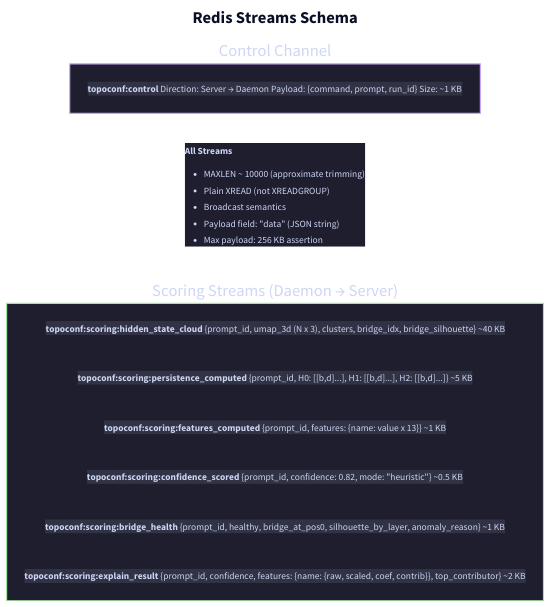
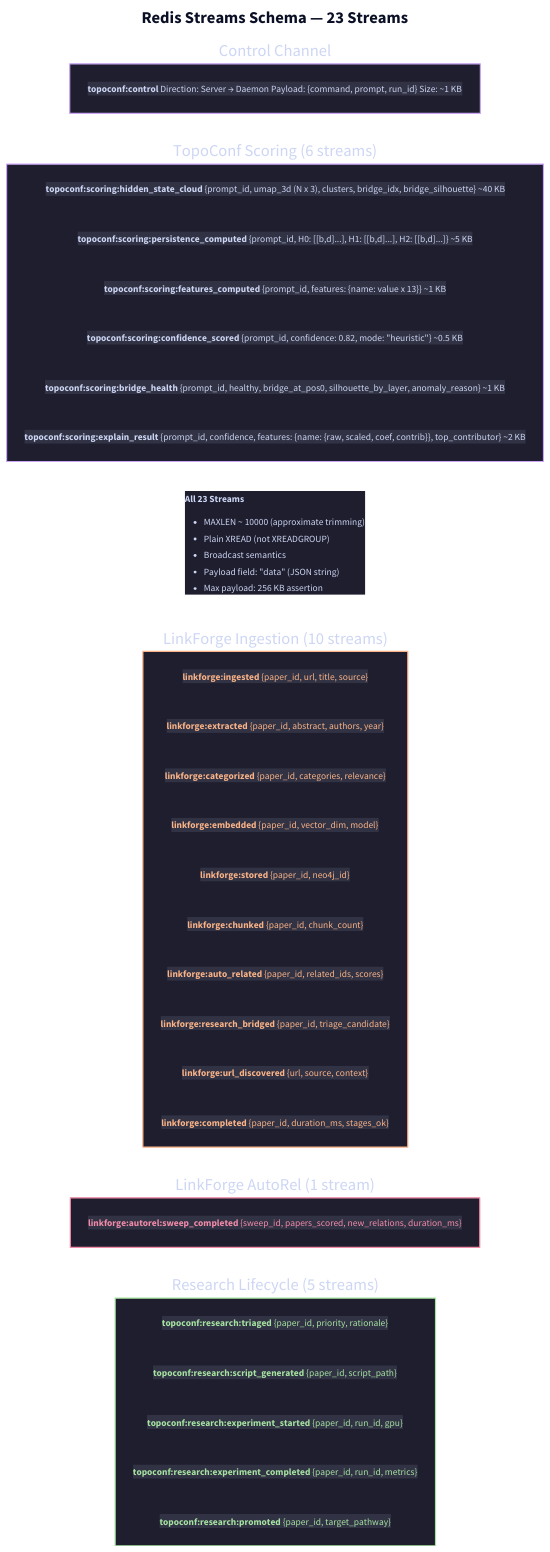
One commit to musicofhel/node-graph-substrate changed the diagram in docs/diagrams/10-redis-streams.d2. Above: the diagram before and after it, drawn with D2. The commit also changed 31 other files, not shown here.

First line of the commit message:
Update all documentation to reflect 20-node/3-canvas architecture

```diff
--- a/docs/diagrams/10-redis-streams.d2
+++ b/docs/diagrams/10-redis-streams.d2
@@ -1,7 +1,7 @@
 direction: right
 
 title: {
-  label: Redis Streams Schema
+  label: "Redis Streams Schema — 23 Streams"
   near: top-center
   shape: text
   style.font-size: 28
@@ -25,9 +25,9 @@
   }
 }
 
-scoring: Scoring Streams (Daemon → Server) {
+scoring: "TopoConf Scoring (6 streams)" {
   style.fill: "#1e1e2e"
-  style.stroke: "#a6e3a1"
+  style.stroke: "#cba6f7"
   style.font-color: "#cdd6f4"
 
   s1: "hidden_state_cloud" {
@@ -102,12 +102,162 @@
   }
 }
 
+linkforge: "LinkForge Ingestion (10 streams)" {
+  style.fill: "#1e1e2e"
+  style.stroke: "#fab387"
+  style.font-color: "#cdd6f4"
+
+  lf1: "ingested" {
+    style.fill: "#313244"
+    style.font-color: "#fab387"
+    label: |md
+      **linkforge:ingested**
+      {paper_id, url, title, source}
+    |
+  }
+  lf2: "extracted" {
+    style.fill: "#313244"
+    style.font-color: "#fab387"
+    label: |md
+      **linkforge:extracted**
+      {paper_id, abstract, authors, year}
+    |
+  }
+  lf3: "categorized" {
+    style.fill: "#313244"
+    style.font-color: "#fab387"
+    label: |md
+      **linkforge:categorized**
+      {paper_id, categories, relevance}
+    |
+  }
+  lf4: "embedded" {
+    style.fill: "#313244"
+    style.font-color: "#fab387"
+    label: |md
+      **linkforge:embedded**
+      {paper_id, vector_dim, model}
+    |
+  }
+  lf5: "stored" {
+    style.fill: "#313244"
+    style.font-color: "#fab387"
+    label: |md
+      **linkforge:stored**
+      {paper_id, neo4j_id}
+    |
+  }
+  lf6: "chunked" {
+    style.fill: "#313244"
+    style.font-color: "#fab387"
+    label: |md
+      **linkforge:chunked**
+      {paper_id, chunk_count}
+    |
+  }
+  lf7: "auto_related" {
+    style.fill: "#313244"
+    style.font-color: "#fab387"
+    label: |md
+      **linkforge:auto_related**
+      {paper_id, related_ids, scores}
+    |
+  }
+  lf8: "research_bridged" {
+    style.fill: "#313244"
+    style.font-color: "#fab387"
+    label: |md
+      **linkforge:research_bridged**
+      {paper_id, triage_candidate}
+    |
+  }
+  lf9: "url_discovered" {
+    style.fill: "#313244"
+    style.font-color: "#fab387"
+    label: |md
+      **linkforge:url_discovered**
+      {url, source, context}
+    |
+  }
+  lf10: "completed" {
+    style.fill: "#313244"
+    style.font-color: "#fab387"
+    label: |md
+      **linkforge:completed**
+      {paper_id, duration_ms, stages_ok}
+    |
+  }
+}
+
+autorel: "LinkForge AutoRel (1 stream)" {
+  style.fill: "#1e1e2e"
+  style.stroke: "#f38ba8"
+  style.font-color: "#cdd6f4"
+
+  ar1: "sweep_completed" {
+    style.fill: "#313244"
+    style.font-color: "#f38ba8"
+    label: |md
+      **linkforge:autorel:sweep_completed**
+      {sweep_id, papers_scored,
+       new_relations, duration_ms}
+    |
+  }
+}
+
+research: "Research Lifecycle (5 streams)" {
+  style.fill: "#1e1e2e"
+  style.stroke: "#a6e3a1"
+  style.font-color: "#cdd6f4"
+
+  r1: "triaged" {
+    style.fill: "#313244"
+    style.font-color: "#a6e3a1"
+    label: |md
+      **topoconf:research:triaged**
+      {paper_id, priority, rationale}
+    |
+  }
+  r2: "script_generated" {
+    style.fill: "#313244"
+    style.font-color: "#a6e3a1"
+    label: |md
+      **topoconf:research:script_generated**
+      {paper_id, script_path}
+    |
+  }
+  r3: "experiment_started" {
+    style.fill: "#313244"
+    style.font-color: "#a6e3a1"
+    label: |md
+      **topoconf:research:experiment_started**
+      {paper_id, run_id, gpu}
+    |
+  }
+  r4: "experiment_completed" {
+    style.fill: "#313244"
+    style.font-color: "#a6e3a1"
+    label: |md
+      **topoconf:research:experiment_completed**
+      {paper_id, run_id, metrics}
+    |
+  }
+  r5: "promoted" {
+    style.fill: "#313244"
+    style.font-color: "#a6e3a1"
+    label: |md
+      **topoconf:research:promoted**
+      {paper_id, target_pathway}
+    |
+  }
+}
+
 config: Stream Config {
   style.fill: "#1e1e2e"
   style.stroke: "#585b70"
   style.font-color: "#cdd6f4"
   label: |md
-    **All Streams**
+    **All 23 Streams**
     - MAXLEN ~ 10000 (approximate trimming)
     - Plain XREAD (not XREADGROUP)
     - Broadcast semantics
```
